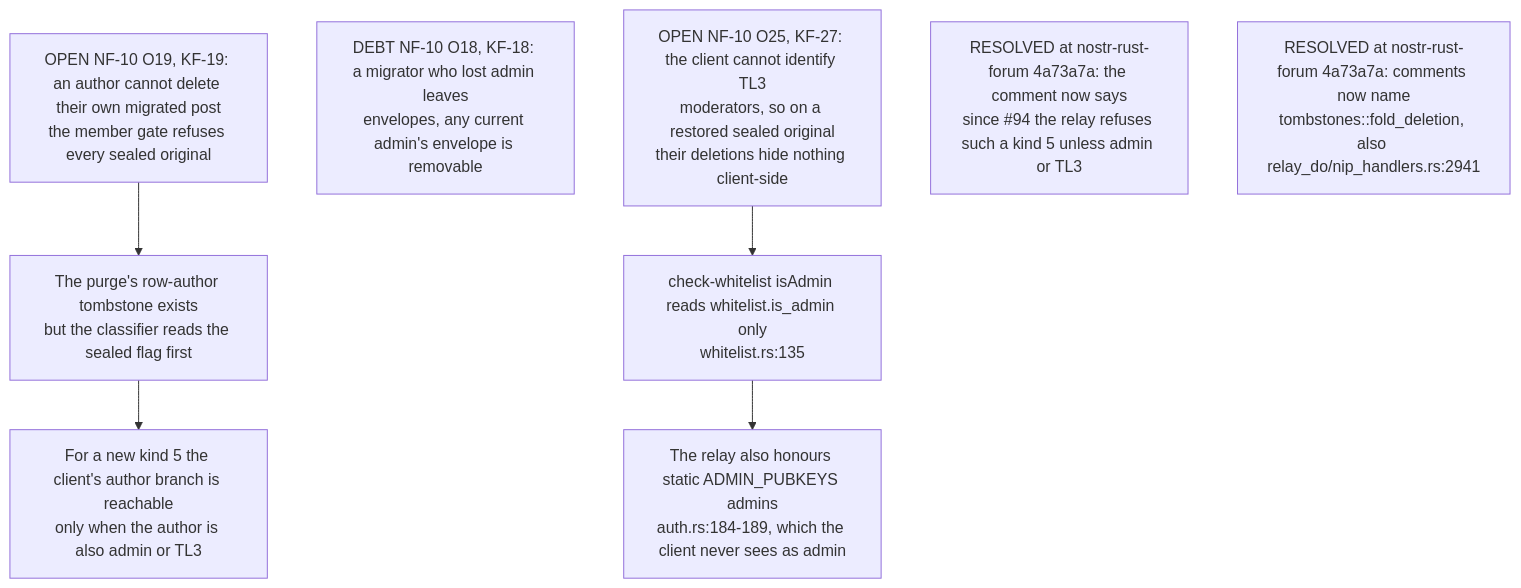
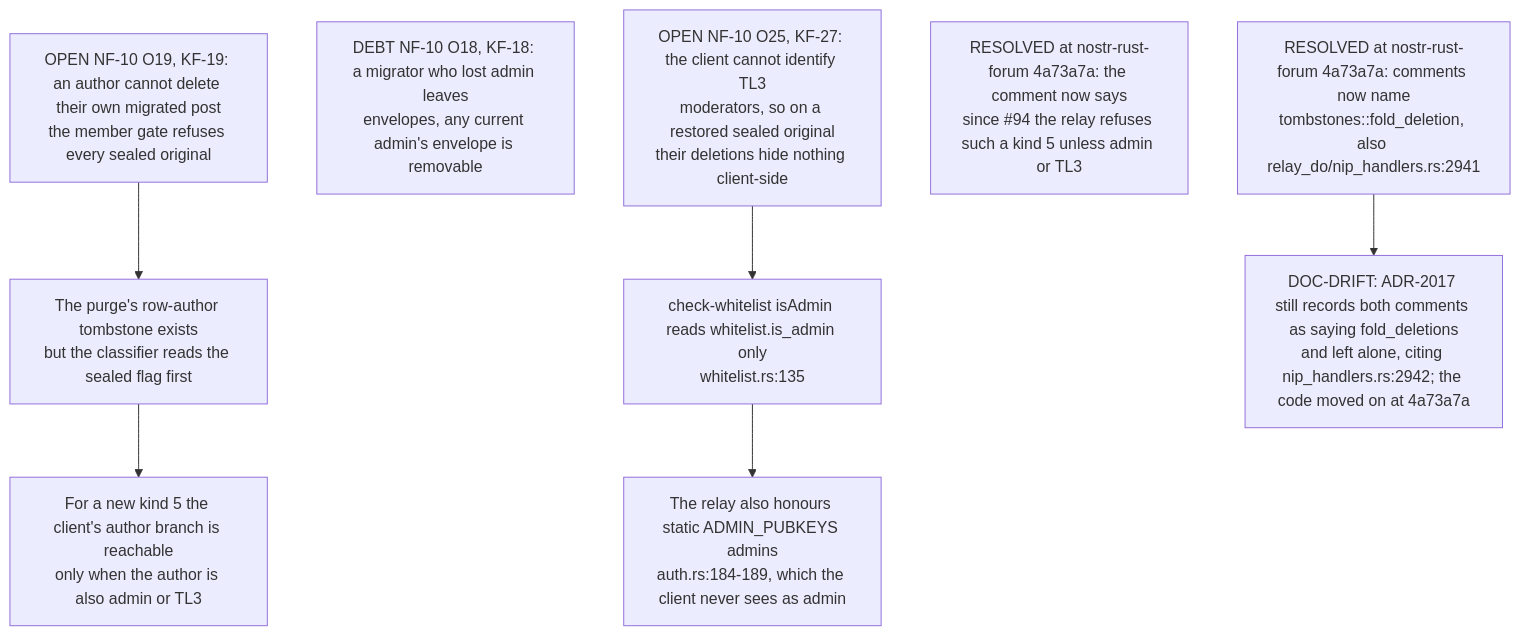
Before and after one commit to DreamLab-AI/VisionFlow: the eighth of 8 diagrams in docs/diagrams/nostr-rust-forum/26-sealed-history-migration-and-reader-contracts.md, drawn with Mermaid. The commit also changed other lines of this file and 1 other file, not shown here.

First line of the commit message:
diagrams(nostr-rust-forum): fix skeptic findings on NF-21.3 and NF-26.4/26.8

````diff
--- a/docs/diagrams/nostr-rust-forum/26-sealed-history-migration-and-reader-contracts.md
+++ b/docs/diagrams/nostr-rust-forum/26-sealed-history-migration-and-reader-contracts.md
@@ -202,26 +202,28 @@
 ```mermaid
 flowchart TB
     %% Source: ../nostr-rust-forum/crates/nostr-bbs-relay-worker/src/relay_do/nip_handlers.rs:2965
     O19["OPEN NF-10 O19, KF-19: an author cannot delete their own migrated post<br/>the member gate refuses every sealed original"]
     %% Source: ../nostr-rust-forum/crates/nostr-bbs-relay-worker/src/lib.rs:870
     O19B["The purge's row-author tombstone exists<br/>but the classifier reads the sealed flag first"]
     %% Source: ../nostr-rust-forum/crates/nostr-bbs-forum-client/src/stores/tombstones.rs:123
     DEAD["For a new kind 5 the client's author branch is reachable<br/>only when the author is also admin or TL3"]
     %% Source: ../nostr-rust-forum/crates/nostr-bbs-relay-worker/src/relay_do/nip_handlers.rs:3398
     O18["DEBT NF-10 O18, KF-18: a migrator who lost admin leaves<br/>envelopes, any current admin's envelope is removable"]
     %% Source: ../nostr-rust-forum/crates/nostr-bbs-forum-client/src/stores/tombstones.rs:19
     O25["OPEN NF-10 O25, KF-27: the client cannot identify TL3<br/>moderators, so on a restored sealed original<br/>their deletions hide nothing client-side"]
     %% Source: ../nostr-rust-forum/crates/nostr-bbs-relay-worker/src/whitelist.rs:180
     O25B["check-whitelist isAdmin reads whitelist.is_admin only<br/>whitelist.rs:135"]
     %% Source: ../nostr-rust-forum/crates/nostr-bbs-relay-worker/src/auth.rs:184
     O25C["The relay also honours static ADMIN_PUBKEYS admins<br/>auth.rs:184-189, which the client never sees as admin"]
     %% Source: ../nostr-rust-forum/crates/nostr-bbs-forum-client/src/stores/tombstones.rs:14
     DRIFT1["RESOLVED at nostr-rust-forum 4a73a7a: the comment now says<br/>since #94 the relay refuses such a kind 5 unless admin or TL3"]
     %% Source: ../nostr-rust-forum/crates/nostr-bbs-relay-worker/src/admin_events.rs:18
     DRIFT2["RESOLVED at nostr-rust-forum 4a73a7a: comments now name<br/>tombstones::fold_deletion, also relay_do/nip_handlers.rs:2941"]
+    %% Source: ../nostr-rust-forum/docs/adr/ADR-2017-sealed-original-history-migration.md:262
+    DRIFT3["DOC-DRIFT: ADR-2017 still records both comments as saying fold_deletions<br/>and left alone, citing nip_handlers.rs:2942; the code moved on at 4a73a7a"]
     O19 --> O19B --> DEAD
     O25 --> O25B --> O25C
     O18
     DRIFT1
-    DRIFT2
+    DRIFT2 --> DRIFT3
 ```
````
